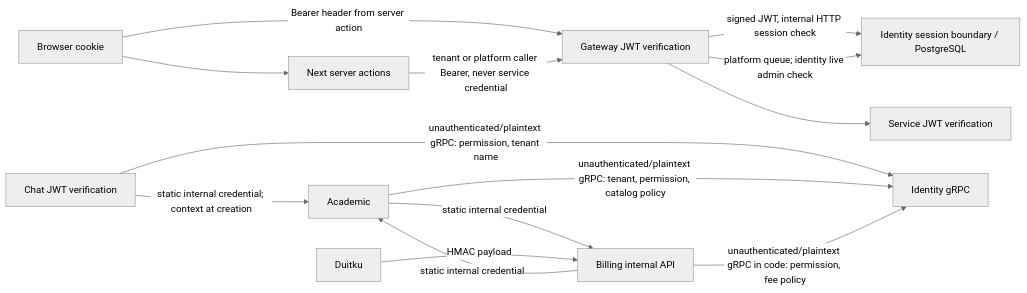
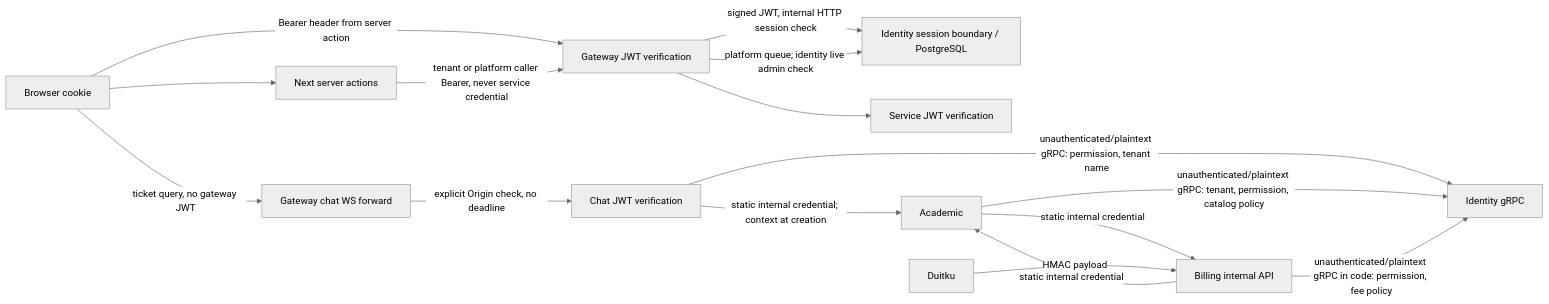
One commit to kelolakelas/kelolakelas-docs changed the diagram in docs/05-security.md. Above: the diagram before and after it, drawn with Mermaid (neutral theme). The commit also changed other lines of this file and 15 other files, not shown here.

First line of the commit message:
KEL-122: document gateway chat REST + WebSocket forwarding (ADR 0048) (#121)

````diff
--- a/docs/05-security.md
+++ b/docs/05-security.md
@@ -31,16 +33,18 @@
 ```mermaid
 flowchart LR
   B[Browser cookie] --> W[Next server actions]
   B -->|Bearer header from server action| G[Gateway JWT verification]
+  B -->|ticket query, no gateway JWT| GW[Gateway chat WS forward]
+  GW -->|explicit Origin check, no deadline| C[Chat WS upgrade]
   G -->|signed JWT, internal HTTP session check| IHTTP[Identity session boundary / PostgreSQL]
   G --> S[Service JWT verification]
   W -->|tenant or platform caller Bearer, never service credential| G
   G -->|platform queue; identity live admin check| IHTTP
   A[Academic] -->|static internal credential| BL[Billing internal API]
   BL -->|static internal credential| A
   C[Chat JWT verification] -->|static internal credential; context at creation| A
   C -->|unauthenticated/plaintext gRPC: permission, tenant name| I
   P[Duitku] -->|HMAC payload| BL
   A -->|unauthenticated/plaintext gRPC: tenant, permission, catalog policy| I[Identity gRPC]
   BL -->|unauthenticated/plaintext gRPC in code: permission, fee policy| I
 ```
````
